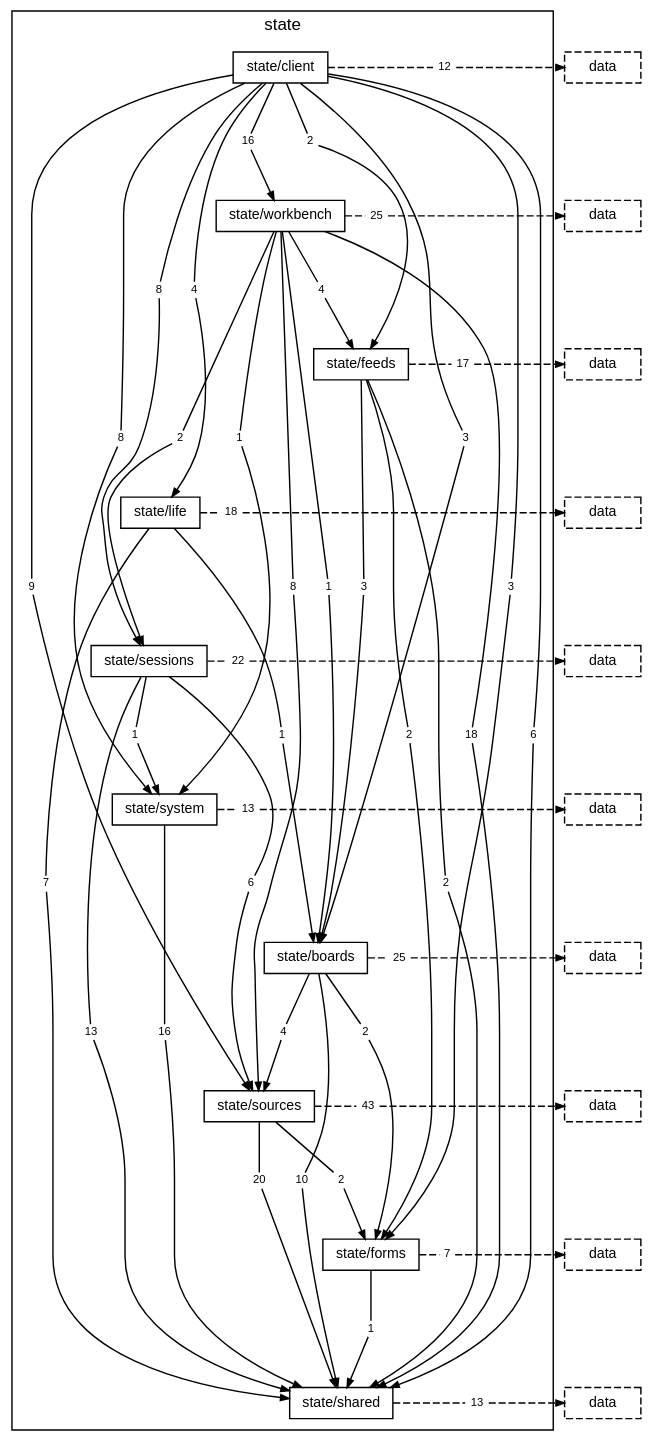
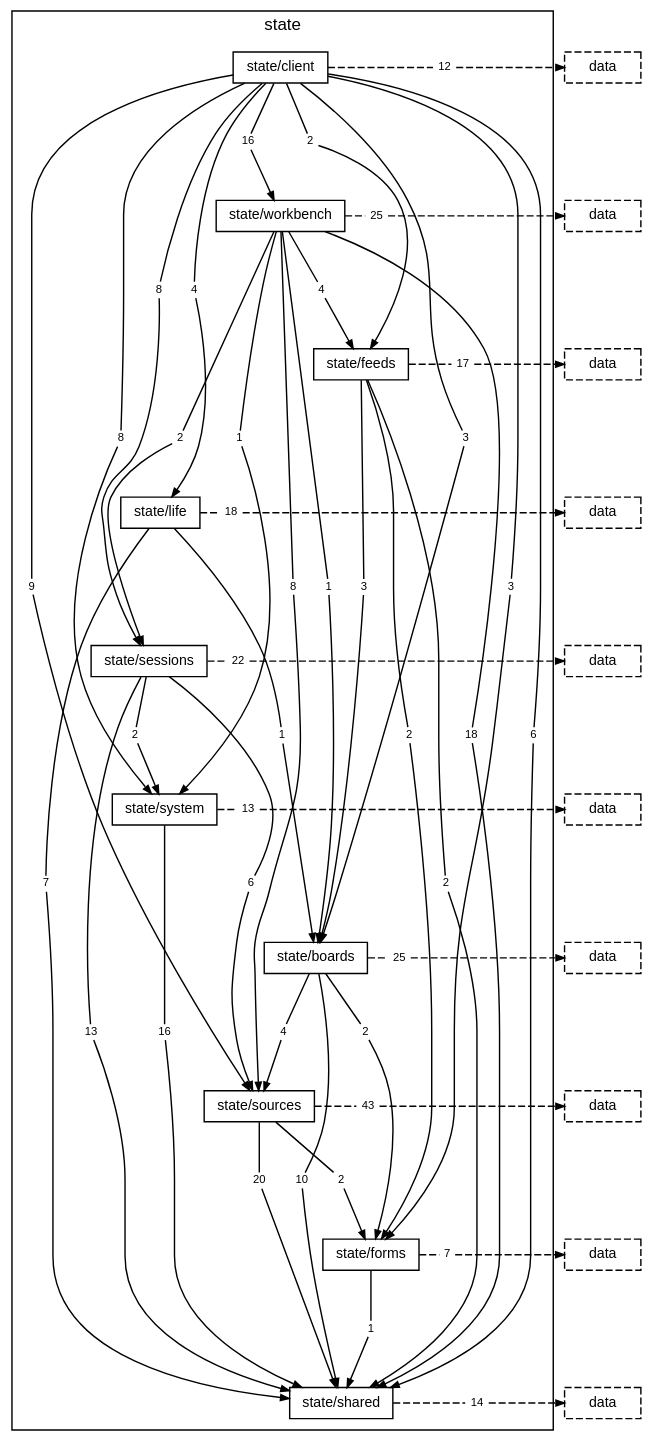
Before and after one commit to TheAxeC/oculus: the diagram in docs/diagrams/layer-state.dot, drawn with Graphviz. The commit also changed 75 other files, not shown here.

```diff
--- a/docs/diagrams/layer-state.dot
+++ b/docs/diagrams/layer-state.dot
@@ -40,7 +40,7 @@
         "folder state/life to layer data" [label="18", shape=box, color="transparent", fontsize=8, width=0, height=0, margin="0.04,0.02"];
         "folder state/sessions to folder state/shared" [label="13", shape=box, color="transparent", fontsize=8, width=0, height=0, margin="0.04,0.02"];
         "folder state/sessions to folder state/sources" [label="6", shape=box, color="transparent", fontsize=8, width=0, height=0, margin="0.04,0.02"];
-        "folder state/sessions to folder state/system" [label="1", shape=box, color="transparent", fontsize=8, width=0, height=0, margin="0.04,0.02"];
+        "folder state/sessions to folder state/system" [label="2", shape=box, color="transparent", fontsize=8, width=0, height=0, margin="0.04,0.02"];
         "folder state/sessions to layer data" [label="22", shape=box, color="transparent", fontsize=8, width=0, height=0, margin="0.04,0.02"];
         "folder state/system to folder state/shared" [label="16", shape=box, color="transparent", fontsize=8, width=0, height=0, margin="0.04,0.02"];
         "folder state/system to layer data" [label="13", shape=box, color="transparent", fontsize=8, width=0, height=0, margin="0.04,0.02"];
@@ -53,7 +53,7 @@
         "folder state/sources to layer data" [label="43", shape=box, color="transparent", fontsize=8, width=0, height=0, margin="0.04,0.02"];
         "folder state/forms to folder state/shared" [label="1", shape=box, color="transparent", fontsize=8, width=0, height=0, margin="0.04,0.02"];
         "folder state/forms to layer data" [label="7", shape=box, color="transparent", fontsize=8, width=0, height=0, margin="0.04,0.02"];
-        "folder state/shared to layer data" [label="13", shape=box, color="transparent", fontsize=8, width=0, height=0, margin="0.04,0.02"];
+        "folder state/shared to layer data" [label="14", shape=box, color="transparent", fontsize=8, width=0, height=0, margin="0.04,0.02"];
     }
     "layer data from folder state/client" [label="data", style=dashed];
     "layer data from folder state/workbench" [label="data", style=dashed];
```
